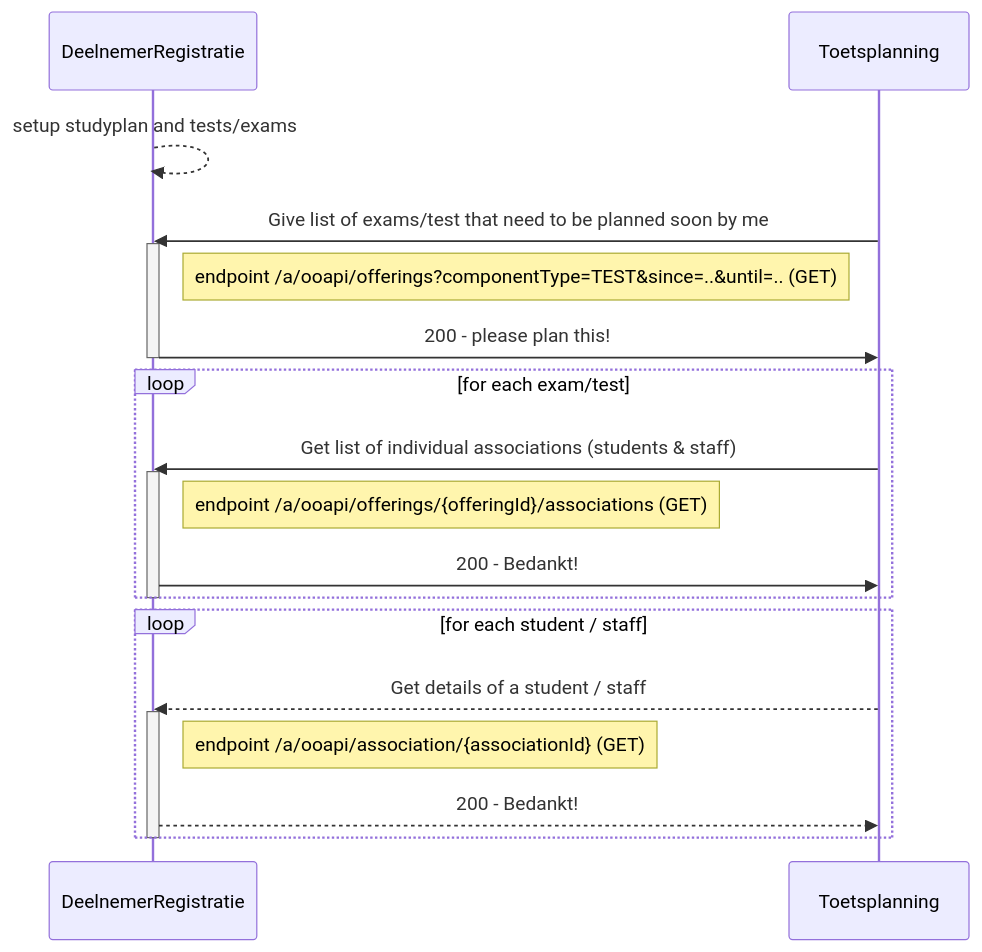
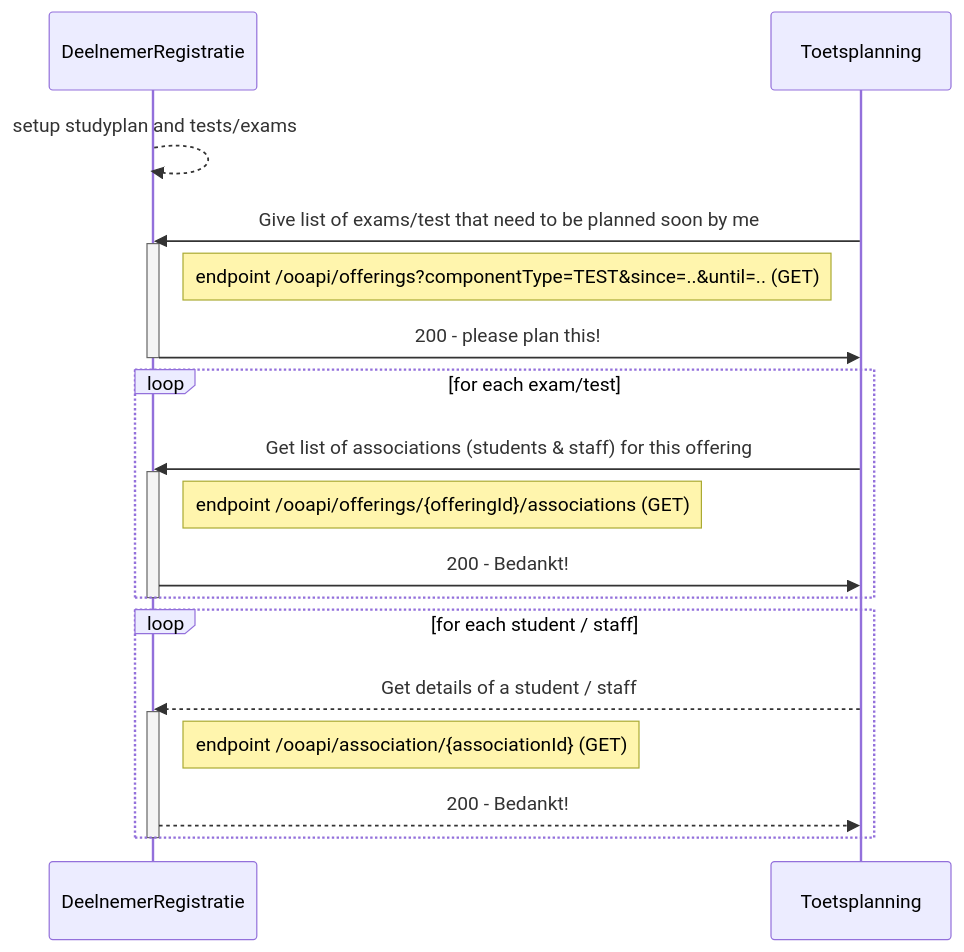
Before and after one commit to NetwerkExamineringDigitalisering/NED-OOAPI: the first of 7 diagrams in doc/flow1.md, drawn with Mermaid. The commit also changed other lines of this file and 4 other files, not shown here.

````diff
--- a/doc/flow1.md
+++ b/doc/flow1.md
@@ -66,28 +66,28 @@
 ```mermaid
 sequenceDiagram
     participant DeelnemerRegistratie
     participant Toetsplanning
     DeelnemerRegistratie-->>DeelnemerRegistratie: setup studyplan and tests/exams
     Toetsplanning->>DeelnemerRegistratie : Give list of exams/test that need to be planned soon by me
     activate DeelnemerRegistratie
-    Note right of DeelnemerRegistratie: endpoint /a/ooapi/offerings?componentType=TEST&since=..&until=.. (GET)
+    Note right of DeelnemerRegistratie: endpoint /ooapi/offerings?componentType=TEST&since=..&until=.. (GET)
     DeelnemerRegistratie->>Toetsplanning : 200 - please plan this!
     deactivate DeelnemerRegistratie
 
     loop for each exam/test
-        Toetsplanning->>DeelnemerRegistratie: Get list of individual associations (students & staff)
+        Toetsplanning->>DeelnemerRegistratie: Get list of associations (students & staff) for this offering
         activate DeelnemerRegistratie
-        Note right of DeelnemerRegistratie: endpoint /a/ooapi/offerings/{offeringId}/associations (GET)
+        Note right of DeelnemerRegistratie: endpoint /ooapi/offerings/{offeringId}/associations (GET)
         DeelnemerRegistratie->>Toetsplanning: 200 - Bedankt!
     end
     deactivate DeelnemerRegistratie
 
     loop for each student / staff
         Toetsplanning-->>DeelnemerRegistratie: Get details of a student / staff
         activate DeelnemerRegistratie
-        Note right of DeelnemerRegistratie: endpoint /a/ooapi/association/{associationId} (GET)
+        Note right of DeelnemerRegistratie: endpoint /ooapi/association/{associationId} (GET)
         DeelnemerRegistratie-->>Toetsplanning: 200 - Bedankt!
     end
     deactivate DeelnemerRegistratie
 
 ```
````
